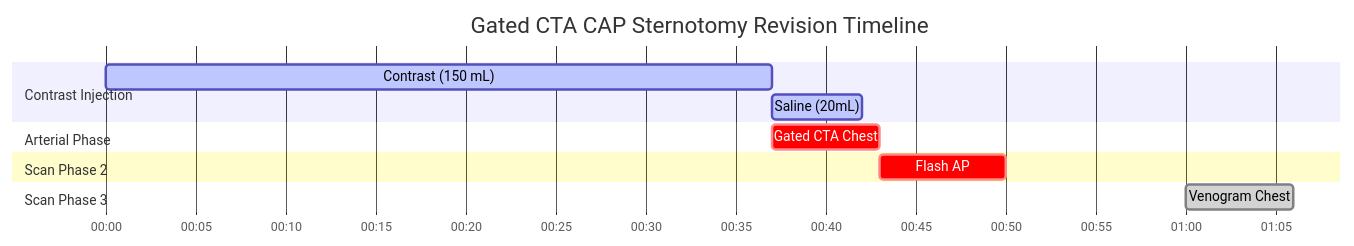
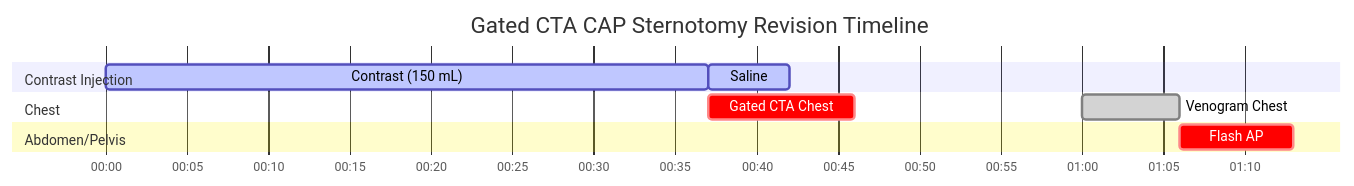
The diagram in docs/ct/cardiac/gated-cta-cap-sternotomy-revision.md (dfergs93/radiology-protocols), drawn with Mermaid before and after one commit. The commit also changed other lines of this file and 101 other files, not shown here.

````diff
--- a/docs/ct/cardiac/gated-cta-cap-sternotomy-revision.md
+++ b/docs/ct/cardiac/gated-cta-cap-sternotomy-revision.md
@@ -85,20 +86,21 @@
   ```mermaid
   ---
+  displayMode: compact
   config:
     theme: default
+    themeCSS: " #Saline{ fill: #4ed5ff; stroke: #2094f3; } "
   ---
     gantt
       title Gated CTA CAP Sternotomy Revision Timeline
       dateFormat mm:ss
       axisFormat %M:%S 
       
       section Contrast Injection
       Contrast (150 mL)    :active, contrast, 00:00, 37s
-      Saline (20mL)          :active, saline, after contrast, 5s
-      section Arterial Phase
-      Gated CTA Chest    :crit, scan1, after contrast, 6s
-      section Scan Phase 2
-      Flash AP    :crit, scan2, after scan1, 7s
-      section Scan Phase 3
-      Venogram Chest    :done, scan3, 01:00, 6s
+      Saline          :active, saline, after contrast, 5s
+      section Chest
+      Gated CTA Chest    :crit, scan1, after contrast, 9.0s
+      Venogram Chest    :done, scan2, 01:00, 6s
+      section Abdomen/Pelvis
+      Flash AP    :crit, scan3, after scan2, 7s
   ```
````
